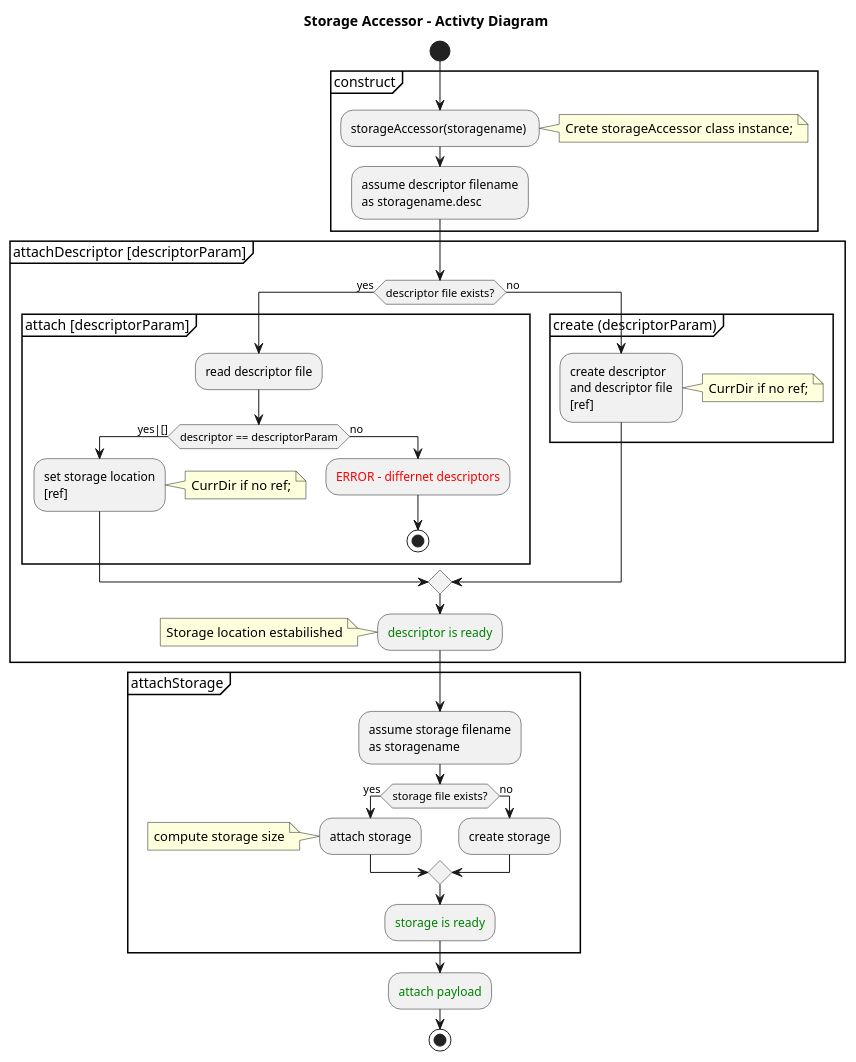
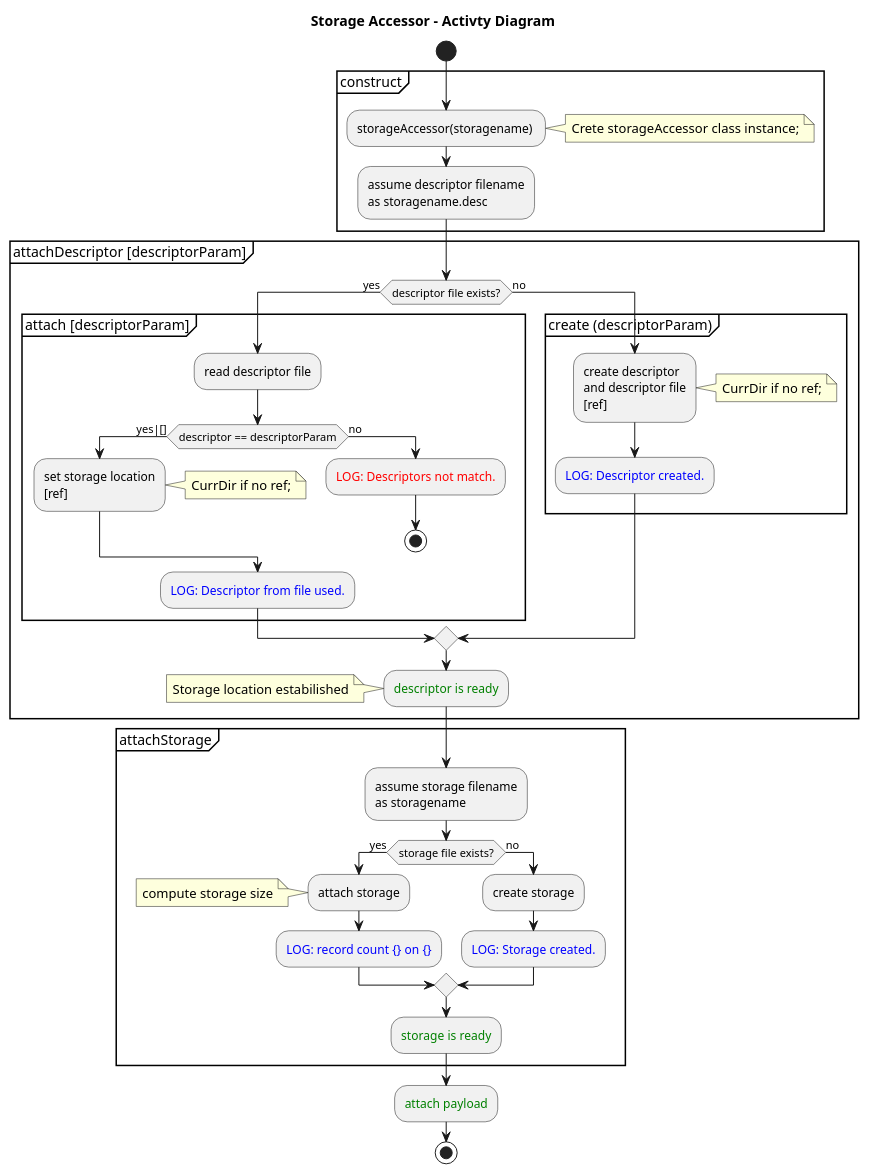
Before and after one commit to michalwidera/retractordb: the diagram in src/rdb/UML/rdb-storageaccessor.puml, drawn with PlantUML. The commit also changed 6 other files, not shown here.

```diff
--- a/src/rdb/UML/rdb-storageaccessor.puml
+++ b/src/rdb/UML/rdb-storageaccessor.puml
@@ -1,61 +1,65 @@
 @startuml
 
 title Storage Accessor - Activty Diagram
 
 start
 
 partition "construct" {
 :storageAccessor(storagename) ;
 note right: Crete storageAccessor class instance;
 
 :assume descriptor filename
 as storagename.desc;
 }
 
 partition "attachDescriptor [descriptorParam]" {
 if (descriptor file exists?) then (yes)
 	partition "attach [descriptorParam]" {
   :read descriptor file;
   if (descriptor == descriptorParam) then (yes|[])
     :set storage location
     [ref];
     note right: CurrDir if no ref;
   else (no)
-    :<color:red>ERROR - differnet descriptors;
+    :<color:red>LOG: Descriptors not match.;
     stop
   endif
+  :<color blue>LOG: Descriptor from file used.;
   }
 else (no)
 	partition "create (descriptorParam)" {
 	  :create descriptor
 	  and descriptor file
 	  [ref];
 	  note right: CurrDir if no ref;
+	  :<color blue>LOG: Descriptor created.;
 	}
 endif
 
 :<color:green>descriptor is ready;
 
 note left: Storage location estabilished
 }
 
 partition "attachStorage" {
 
 :assume storage filename
 as storagename;
 
 if (storage file exists?) then (yes)
   :attach storage;
   note left: compute storage size
+  :<color blue>LOG: record count {} on {};
 else (no)
   :create storage;
+  :<color blue>LOG: Storage created.;
 endif
 
 :<color:green>storage is ready;
 }
 
 :<color:green>attach payload;
 
 stop
 
 @enduml
```
